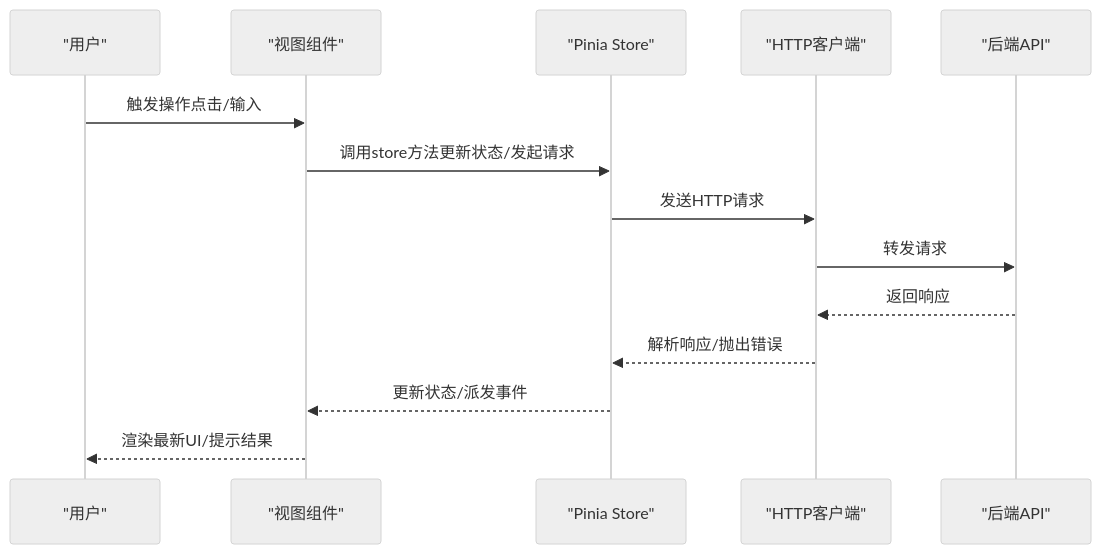
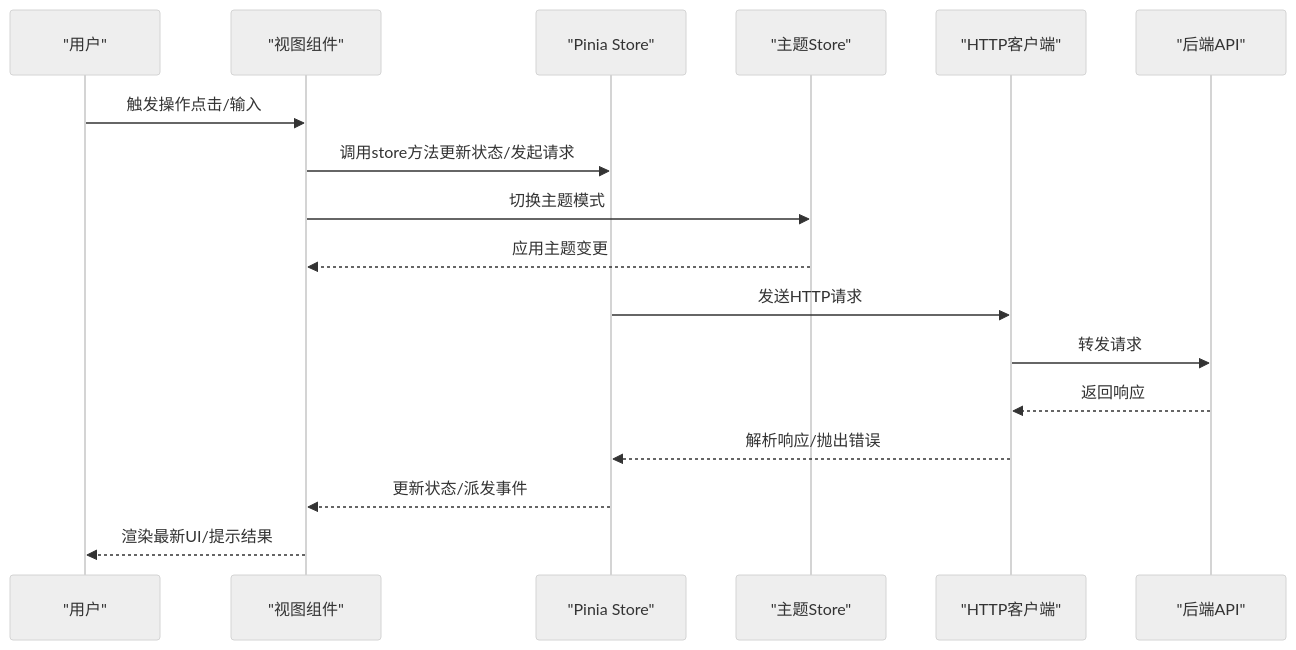
The second of 6 diagrams in .qoder/repowiki/zh/content/前端组件/前端组件.md (vu1Art1st/talos), drawn with Mermaid (neutral theme) before and after one commit. The commit also changed other lines of this file and 132 other files, not shown here.

````diff
--- a/.qoder/repowiki/zh/content/前端组件/前端组件.md
+++ b/.qoder/repowiki/zh/content/前端组件/前端组件.md
@@ -149,16 +175,19 @@
 ```mermaid
 sequenceDiagram
 participant U as "用户"
 participant V as "视图组件"
 participant S as "Pinia Store"
+participant T as "主题Store"
 participant API as "HTTP客户端"
 participant BE as "后端API"
 U->>V : 触发操作点击/输入
 V->>S : 调用store方法更新状态/发起请求
+V->>T : 切换主题模式
+T-->>V : 应用主题变更
 S->>API : 发送HTTP请求
 API->>BE : 转发请求
 BE-->>API : 返回响应
 API-->>S : 解析响应/抛出错误
 S-->>V : 更新状态/派发事件
 V-->>U : 渲染最新UI/提示结果
 ```
````
